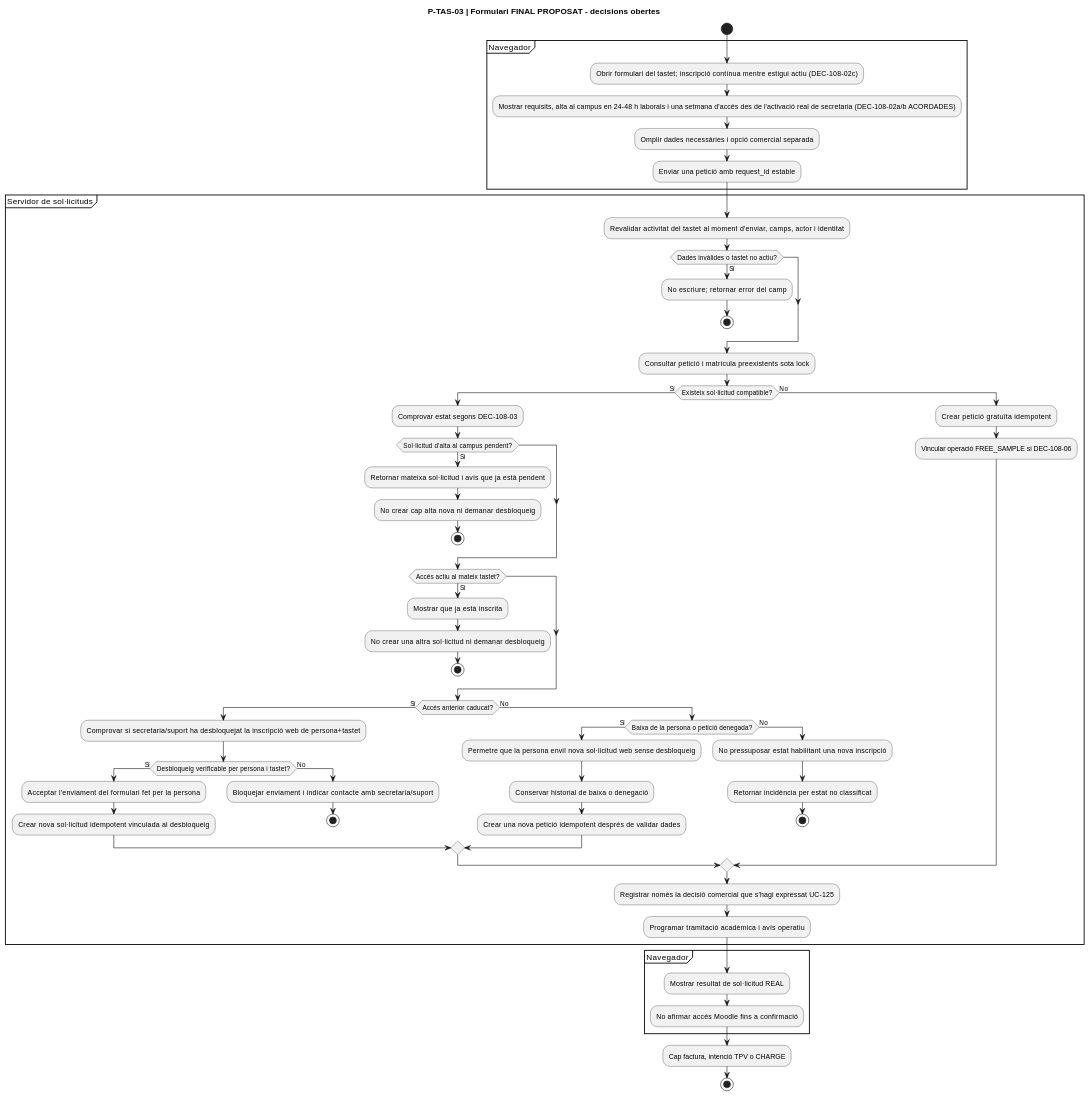
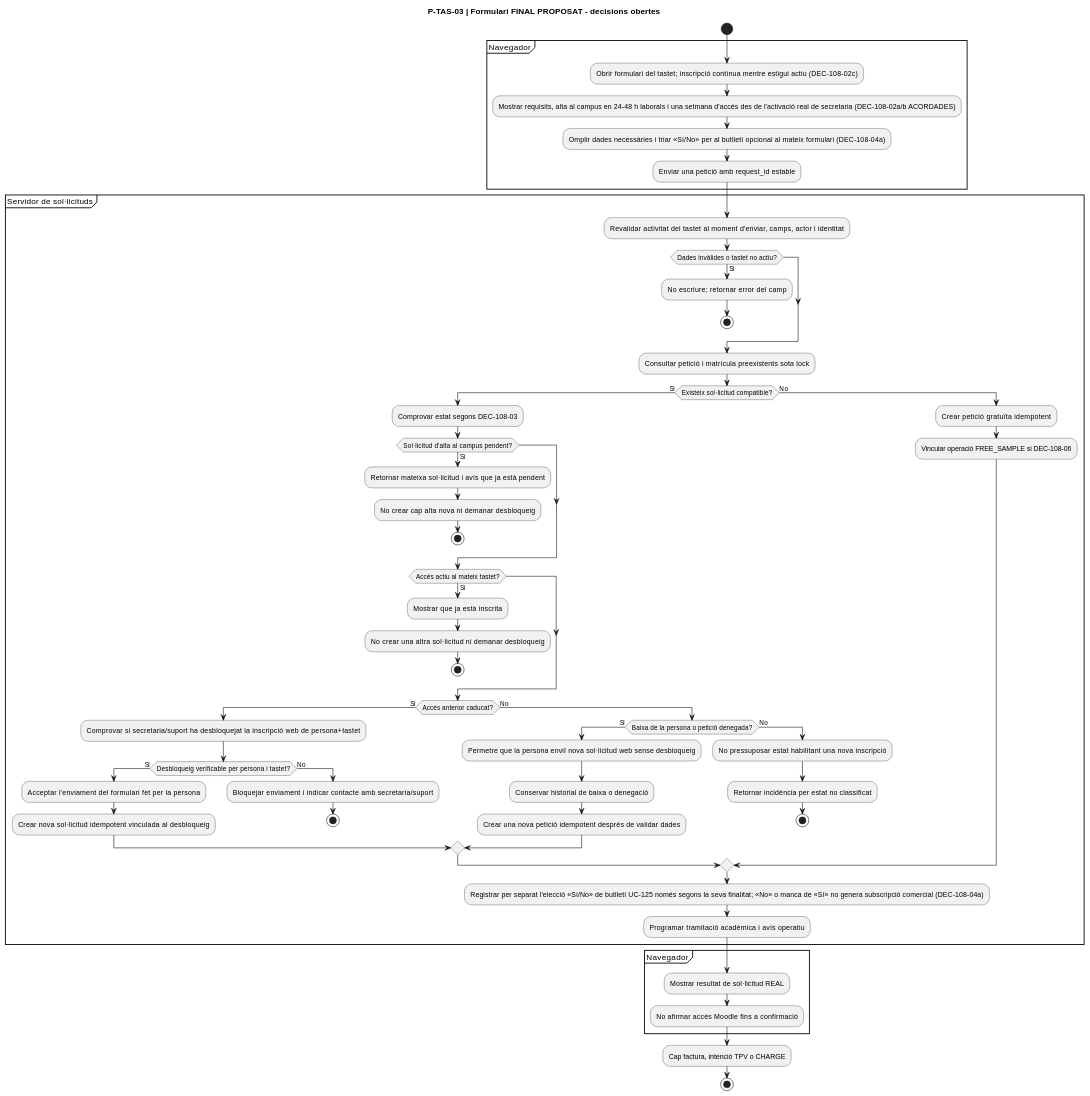
Before and after one commit to orgmeriemprismacat-del/verifactu: diagram 16 of 32 in documentacio/07-uml-integrat/uc-108-activitats-pagines-tastets-actual-final.md, drawn with PlantUML. The commit also changed other lines of this file, not shown here.

````diff
--- a/documentacio/07-uml-integrat/uc-108-activitats-pagines-tastets-actual-final.md
+++ b/documentacio/07-uml-integrat/uc-108-activitats-pagines-tastets-actual-final.md
@@ -367,64 +367,64 @@
 ```plantuml
 @startuml
 title P-TAS-03 | Formulari FINAL PROPOSAT - decisions obertes
 start
 partition "Navegador" {
   :Obrir formulari del tastet; inscripció contínua mentre estigui actiu (DEC-108-02c);
   :Mostrar requisits, alta al campus en 24–48 h laborals i una setmana d'accés des de l'activació real de secretaria (DEC-108-02a/b ACORDADES);
-  :Omplir dades necessàries i opció comercial separada;
+  :Omplir dades necessàries i triar «Sí/No» per al butlletí opcional al mateix formulari (DEC-108-04a);
   :Enviar una petició amb request_id estable;
 }
 partition "Servidor de sol·licituds" {
   :Revalidar activitat del tastet al moment d'enviar, camps, actor i identitat;
   if (Dades invàlides o tastet no actiu?) then (Sí)
     :No escriure; retornar error del camp;
     stop
   endif
   :Consultar petició i matrícula preexistents sota lock;
   if (Existeix sol·licitud compatible?) then (Sí)
     :Comprovar estat segons DEC-108-03;
     if (Sol·licitud d'alta al campus pendent?) then (Sí)
       :Retornar mateixa sol·licitud i avís que ja està pendent;
       :No crear cap alta nova ni demanar desbloqueig;
       stop
     endif
     if (Accés actiu al mateix tastet?) then (Sí)
       :Mostrar que ja està inscrita;
       :No crear una altra sol·licitud ni demanar desbloqueig;
       stop
     endif
     if (Accés anterior caducat?) then (Sí)
       :Comprovar si secretaria/suport ha desbloquejat la inscripció web de persona+tastet;
       if (Desbloqueig verificable per persona i tastet?) then (Sí)
         :Acceptar l'enviament del formulari fet per la persona;
         :Crear nova sol·licitud idempotent vinculada al desbloqueig;
       else (No)
         :Bloquejar enviament i indicar contacte amb secretaria/suport;
         stop
       endif
     else (No)
       if (Baixa de la persona o petició denegada?) then (Sí)
         :Permetre que la persona enviï nova sol·licitud web sense desbloqueig;
         :Conservar historial de baixa o denegació;
         :Crear una nova petició idempotent després de validar dades;
       else (No)
         :No pressuposar estat habilitant una nova inscripció;
         :Retornar incidència per estat no classificat;
         stop
       endif
     endif
   else (No)
     :Crear petició gratuïta idempotent;
     :Vincular operació FREE_SAMPLE si DEC-108-06;
   endif
-  :Registrar només la decisió comercial que s'hagi expressat UC-125;
+  :Registrar per separat l'elecció «Sí/No» de butlletí UC-125 només segons la seva finalitat; «No» o manca de «Sí» no genera subscripció comercial (DEC-108-04a);
   :Programar tramitació acadèmica i avís operatiu;
 }
 partition "Navegador" {
   :Mostrar resultat de sol·licitud REAL;
   :No afirmar accés Moodle fins a confirmació;
 }
 :Cap factura, intenció TPV o CHARGE;
 stop
 @enduml
 ```
````
